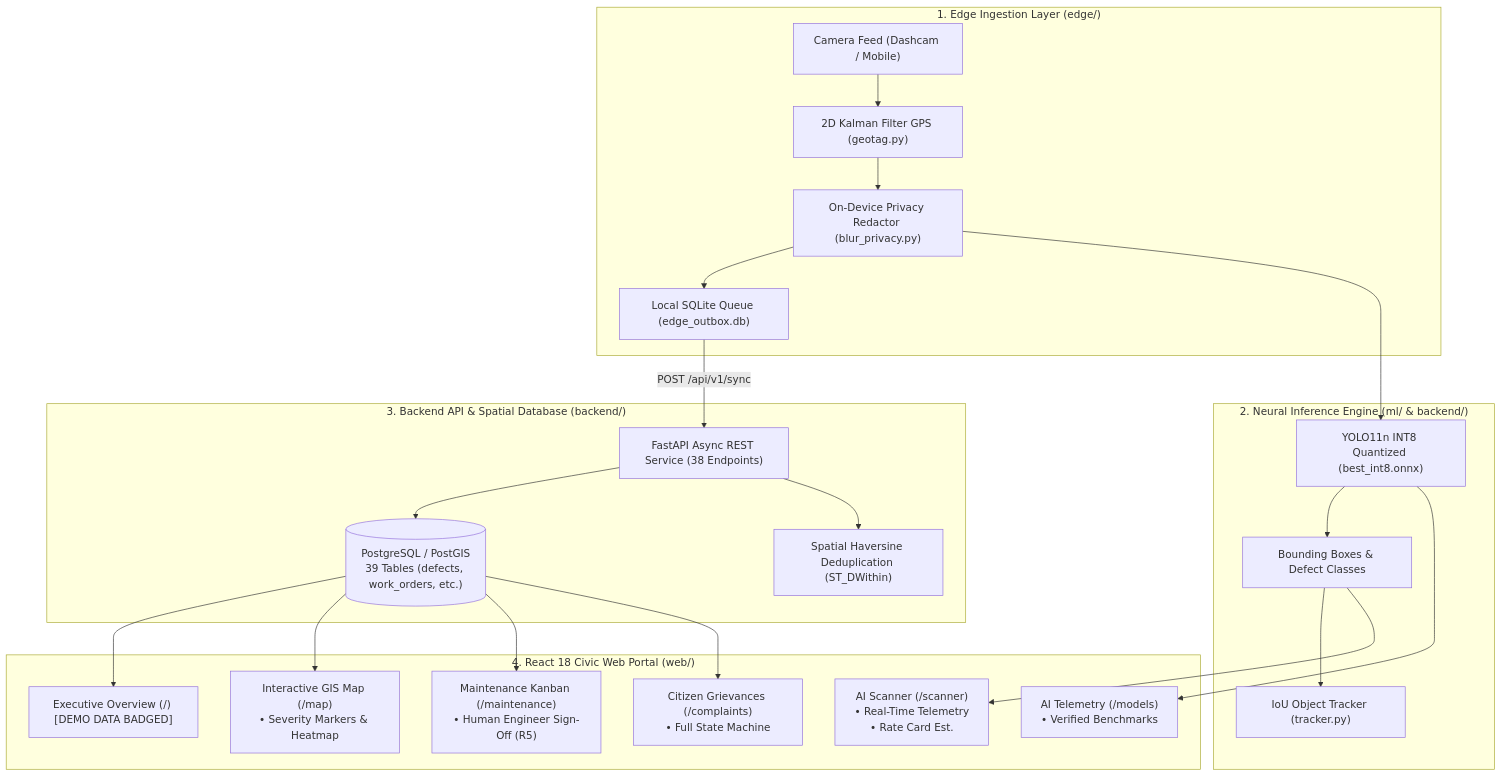
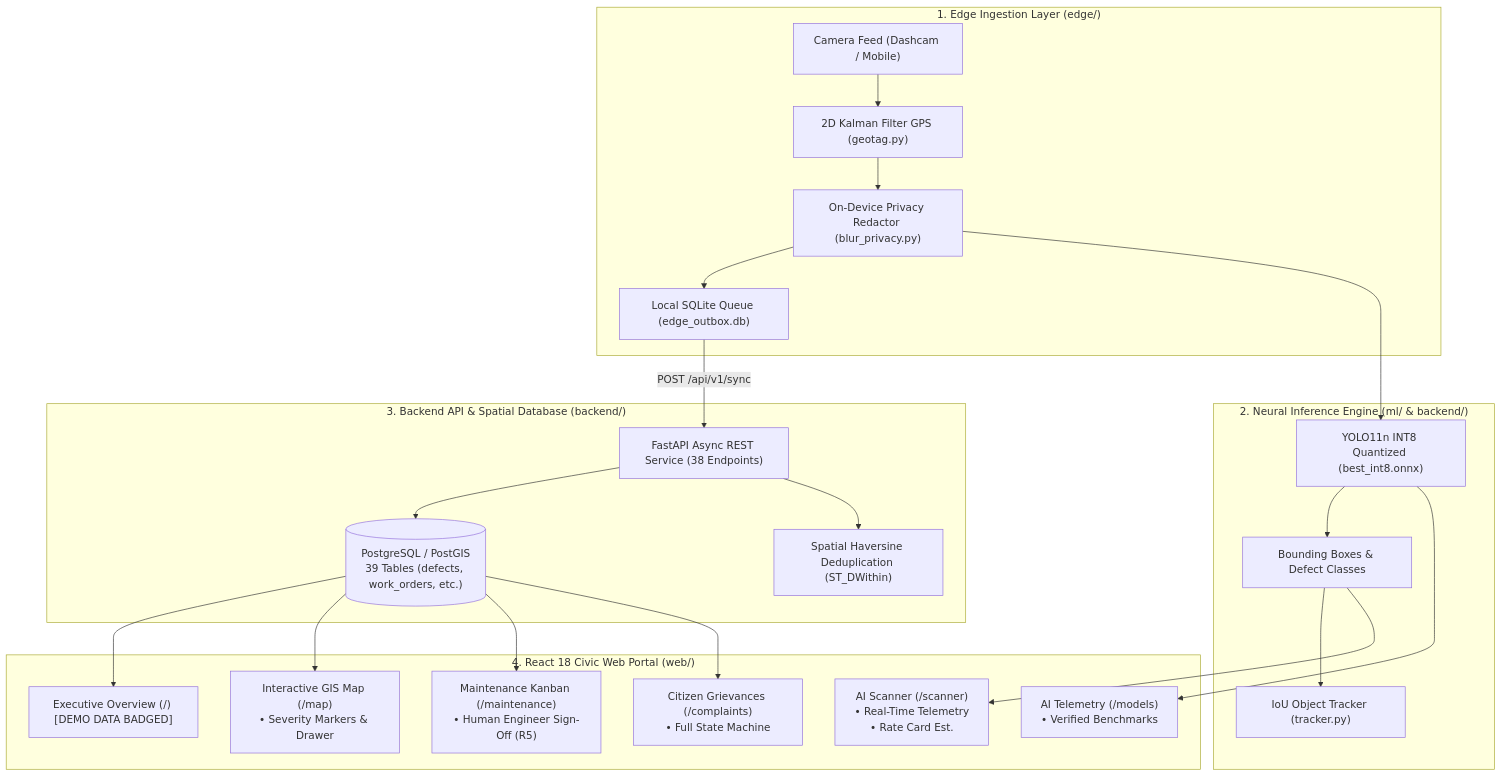
Before and after one commit to Priya-Ranjan-0201/potholes: the diagram in README.md, drawn with Mermaid. The commit also changed other lines of this file, not shown here.

````diff
--- a/README.md
+++ b/README.md
@@ -50,32 +54,32 @@
 ```mermaid
 flowchart TD
     subgraph EdgeCapture["1. Edge Ingestion Layer (edge/)"]
         Dashcam["Camera Feed (Dashcam / Mobile)"]
         Geotag["2D Kalman Filter GPS (geotag.py)"]
         PrivacyShield["On-Device Privacy Redactor (blur_privacy.py)"]
         Outbox["Local SQLite Queue (edge_outbox.db)"]
         
         Dashcam --> Geotag --> PrivacyShield --> Outbox
     end
 
     subgraph NeuralEngine["2. Neural Inference Engine (ml/ & backend/)"]
         PrivacyShield --> YOLO["YOLO11n INT8 Quantized (best_int8.onnx)"]
         YOLO --> Detections["Bounding Boxes & Defect Classes"]
         Detections --> IoUTracker["IoU Object Tracker (tracker.py)"]
     end
 
     subgraph GovernanceCore["3. Backend API & Spatial Database (backend/)"]
         Outbox -->|POST /api/v1/sync| API["FastAPI Async REST Service (38 Endpoints)"]
         API --> DB[("PostgreSQL / PostGIS\n39 Tables (defects, work_orders, etc.)")]
         API --> Deduplication["Spatial Haversine Deduplication (ST_DWithin)"]
     end
 
     subgraph WebPortal["4. React 18 Civic Web Portal (web/)"]
         DB --> Dashboard["Executive Overview (/) [DEMO DATA BADGED]"]
         Detections --> Scanner["AI Scanner (/scanner)\n• Real-Time Telemetry\n• Rate Card Est."]
-        DB --> GISMap["Interactive GIS Map (/map)\n• Severity Markers & Heatmap"]
+        DB --> GISMap["Interactive GIS Map (/map)\n• Severity Markers & Drawer"]
         DB --> Kanban["Maintenance Kanban (/maintenance)\n• Human Engineer Sign-Off (R5)"]
         DB --> Grievance["Citizen Grievances (/complaints)\n• Full State Machine"]
         YOLO --> Models["AI Telemetry (/models)\n• Verified Benchmarks"]
     end
 ```
````
